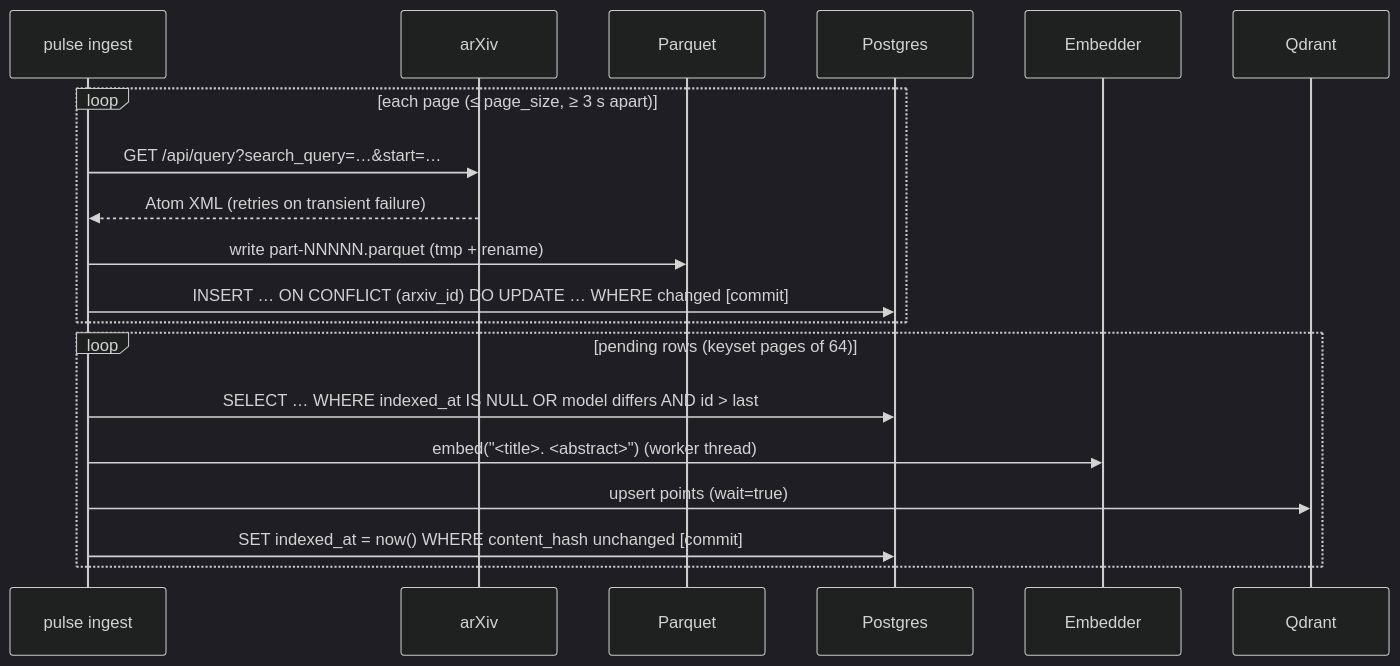
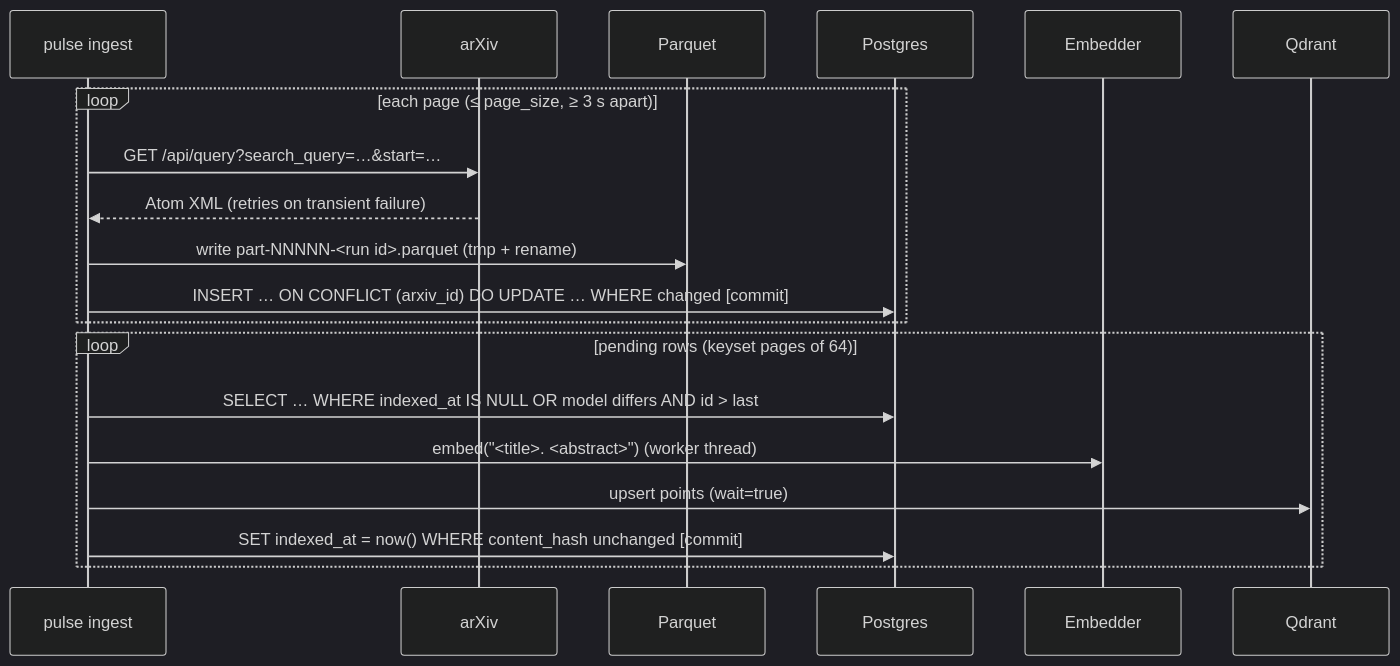
Before and after one commit to MilosS019/MDPI-paper-similarity: the second of 2 diagrams in docs/architecture.md, drawn with Mermaid (dark theme). The commit also changed 3 other files, not shown here.

First line of the commit message:
Prevent concurrent ingestion runs from overwriting raw Parquet files

````diff
--- a/docs/architecture.md
+++ b/docs/architecture.md
@@ -70,21 +70,21 @@
 ```mermaid
 sequenceDiagram
     participant CLI as pulse ingest
     participant AX as arXiv
     participant RAW as Parquet
     participant PG as Postgres
     participant EMB as Embedder
     participant QD as Qdrant
     loop each page (≤ page_size, ≥ 3 s apart)
         CLI->>AX: GET /api/query?search_query=…&start=…
         AX-->>CLI: Atom XML (retries on transient failure)
-        CLI->>RAW: write part-NNNNN.parquet (tmp + rename)
+        CLI->>RAW: write part-NNNNN-<run id>.parquet (tmp + rename)
         CLI->>PG: INSERT … ON CONFLICT (arxiv_id) DO UPDATE … WHERE changed  [commit]
     end
     loop pending rows (keyset pages of 64)
         CLI->>PG: SELECT … WHERE indexed_at IS NULL OR model differs AND id > last
         CLI->>EMB: embed("<title>. <abstract>")  (worker thread)
         CLI->>QD: upsert points (wait=true)
         CLI->>PG: SET indexed_at = now() WHERE content_hash unchanged  [commit]
     end
 ```
````
